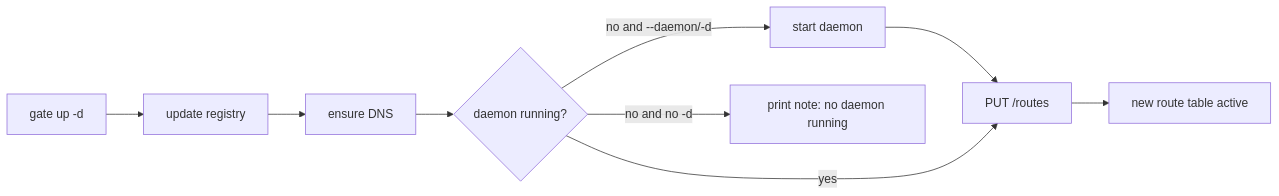
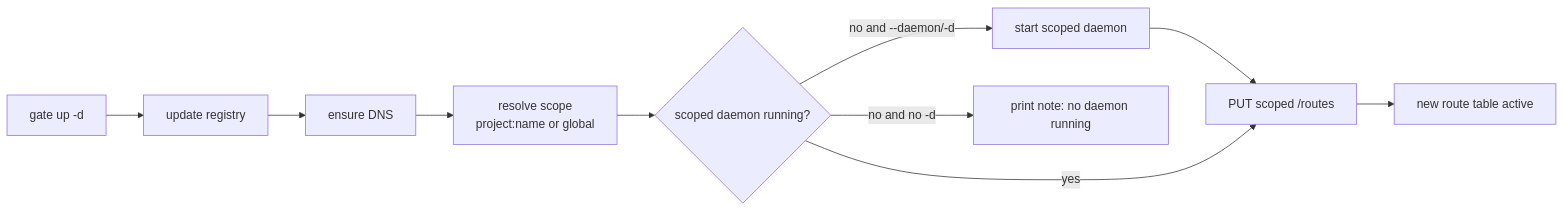
Before and after one commit to jinyongp/prx: the eighth of 12 diagrams in docs/spec.md, drawn with Mermaid. The commit also changed other lines of this file and 22 other files, not shown here.

First line of the commit message:
feat(daemon): support scoped daemon instances

````diff
--- a/docs/spec.md
+++ b/docs/spec.md
@@ -388,16 +397,17 @@
 ```mermaid
 flowchart LR
     cli["gate up -d"]
     store["update registry"]
     dns["ensure DNS"]
-    start{"daemon running?"}
-    launch["start daemon"]
-    push["PUT /routes"]
+    scope["resolve scope<br/>project:name or global"]
+    start{"scoped daemon running?"}
+    launch["start scoped daemon"]
+    push["PUT scoped /routes"]
     active["new route table active"]
 
-    cli --> store --> dns --> start
+    cli --> store --> dns --> scope --> start
     start -->|"no and --daemon/-d"| launch --> push
     start -->|"yes"| push
     start -->|"no and no -d"| note["print note: no daemon running"]
     push --> active
 ```
````
